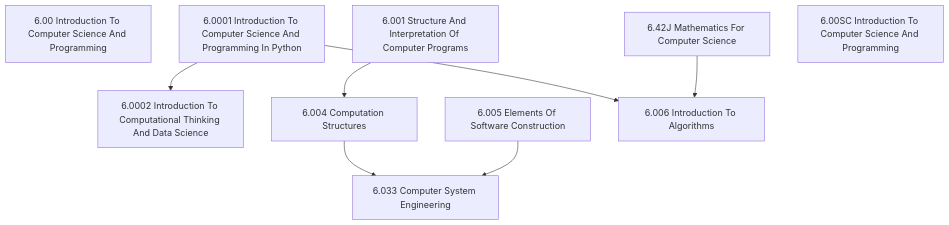
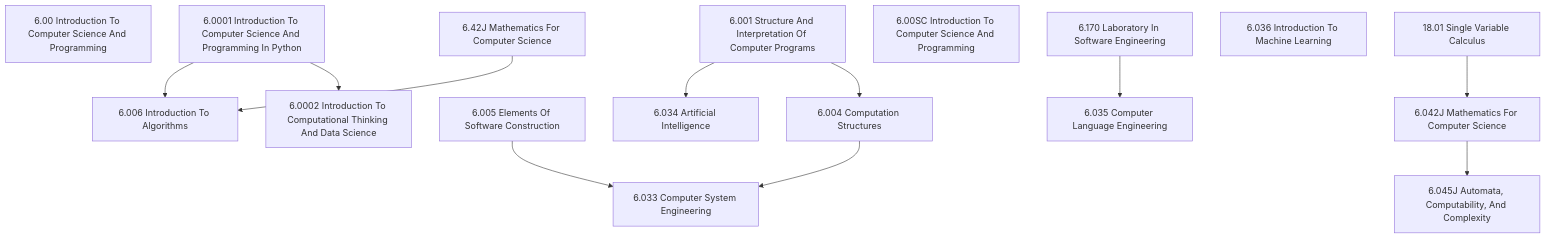
The diagram in readme.md (zaienaji/mit-ocw), drawn with Mermaid before and after one commit.

````diff
--- a/readme.md
+++ b/readme.md
@@ -3,12 +3,17 @@
 ```mermaid
   graph TD;
     1[6.00 Introduction To Computer Science And Programming]
     2[6.0001 Introduction To Computer Science And Programming In Python] --> 3[6.0002 Introduction To Computational Thinking And Data Science]
     4[6.001 Structure And Interpretation Of Computer Programs]--> 5[6.004 Computation Structures]
     6[6.005 Elements Of Software Construction]
     2 --> 7[6.006 Introduction To Algorithms]
     8[6.42J Mathematics For Computer Science] --> 7
     9[6.00SC Introduction To Computer Science And Programming]
     5 --> 10[6.033 Computer System Engineering]
     6 --> 10
+    4 --> 11[6.034 Artificial Intelligence]
+    13[6.170 Laboratory In Software Engineering] --> 12[6.035 Computer Language Engineering]
+    14[6.036 Introduction To Machine Learning]
+    16[18.01 Single Variable Calculus] --> 15[6.042J Mathematics For Computer Science]
+    15 --> 17[6.045J Automata, Computability, And Complexity]
 ```
````
